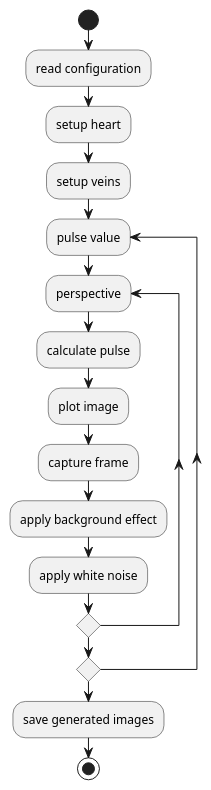
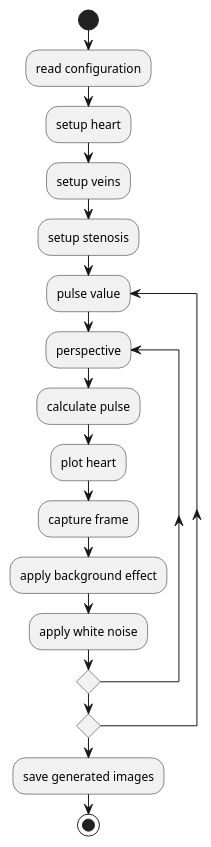
The diagram in activityDiagram.puml (caetanope/angio3d), drawn with PlantUML before and after one commit. The commit also changed 2 other files, not shown here.

Commit message:
diagrama de atividade

```diff
--- a/activityDiagram.puml
+++ b/activityDiagram.puml
@@ -1,23 +1,24 @@
 @startuml activityDiagram
 
 start
 
 :read configuration;
 :setup heart;
 :setup veins;
+:setup stenosis;
 
 repeat :pulse value
     repeat :perspective
         :calculate pulse;
-        :plot image;
+        :plot heart;
         :capture frame;
         :apply background effect;
         :apply white noise;
     repeat while
 repeat while
 
 :save generated images;
 
 stop
 
 @enduml
```
